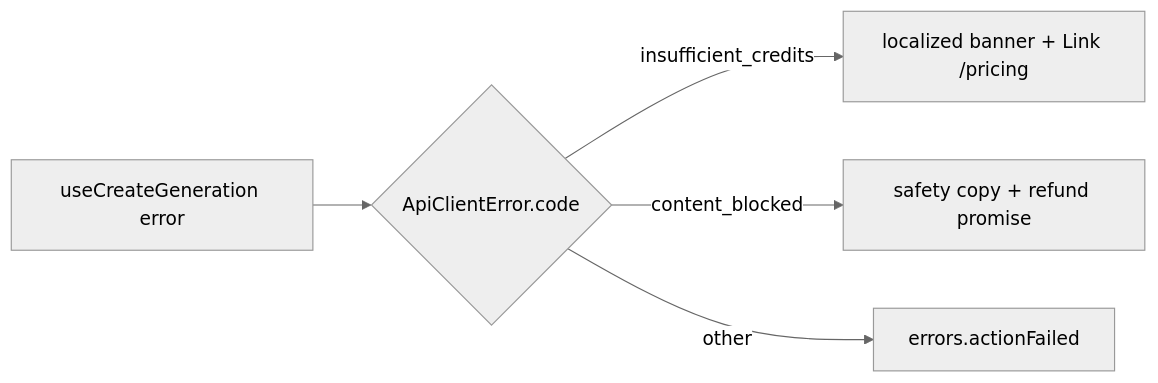
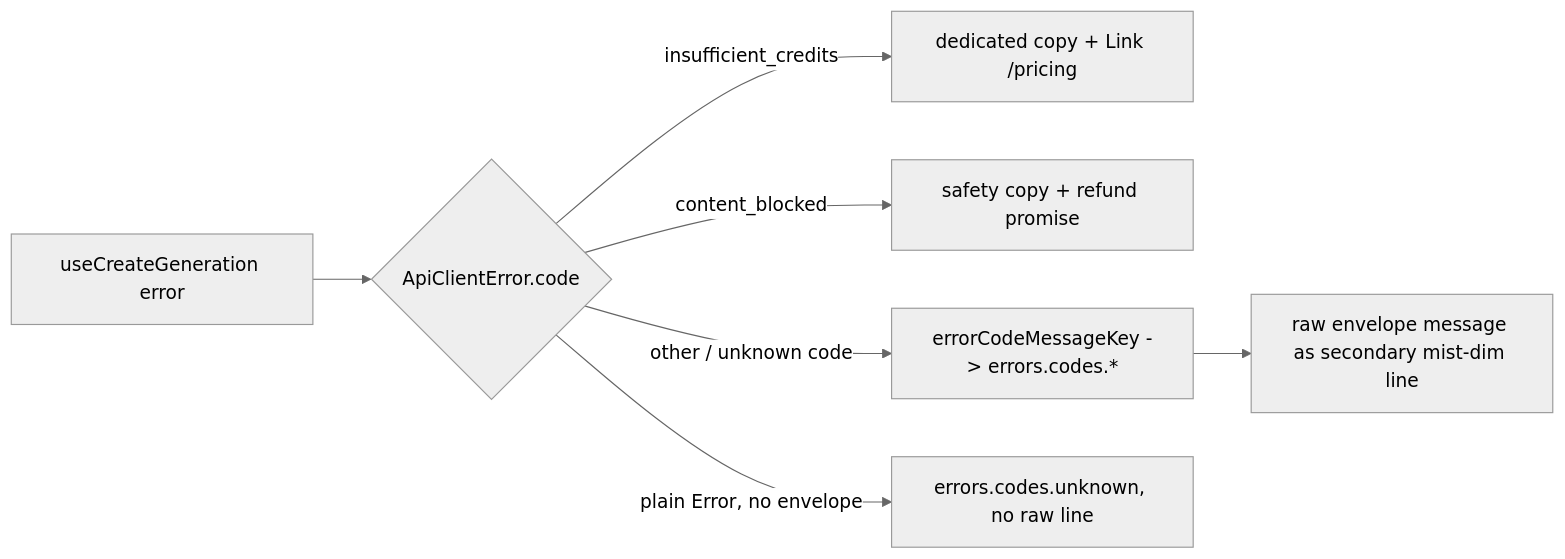
One commit to AzamatRaimbekov2/openCreate changed the diagram in apps/web/src/modules/Generator/components/SubmitErrorBanner.tsx.md. Above: the diagram before and after it, drawn with Mermaid (neutral theme). The commit also changed other lines of this file and 11 other files, not shown here.

Commit message:
fix(web): localized generation errors

````diff
--- a/apps/web/src/modules/Generator/components/SubmitErrorBanner.tsx.md
+++ b/apps/web/src/modules/Generator/components/SubmitErrorBanner.tsx.md
@@ -34,7 +40,9 @@
 ```mermaid
 flowchart LR
   MUT[useCreateGeneration error] --> B{ApiClientError.code}
-  B -->|insufficient_credits| IC[localized banner + Link /pricing]
+  B -->|insufficient_credits| IC[dedicated copy + Link /pricing]
   B -->|content_blocked| CB[safety copy + refund promise]
-  B -->|other| GEN[errors.actionFailed]
+  B -->|other / unknown code| GEN[errorCodeMessageKey -> errors.codes.*]
+  GEN --> RAW[raw envelope message as secondary mist-dim line]
+  B -->|plain Error, no envelope| UNK[errors.codes.unknown, no raw line]
 ```
````
